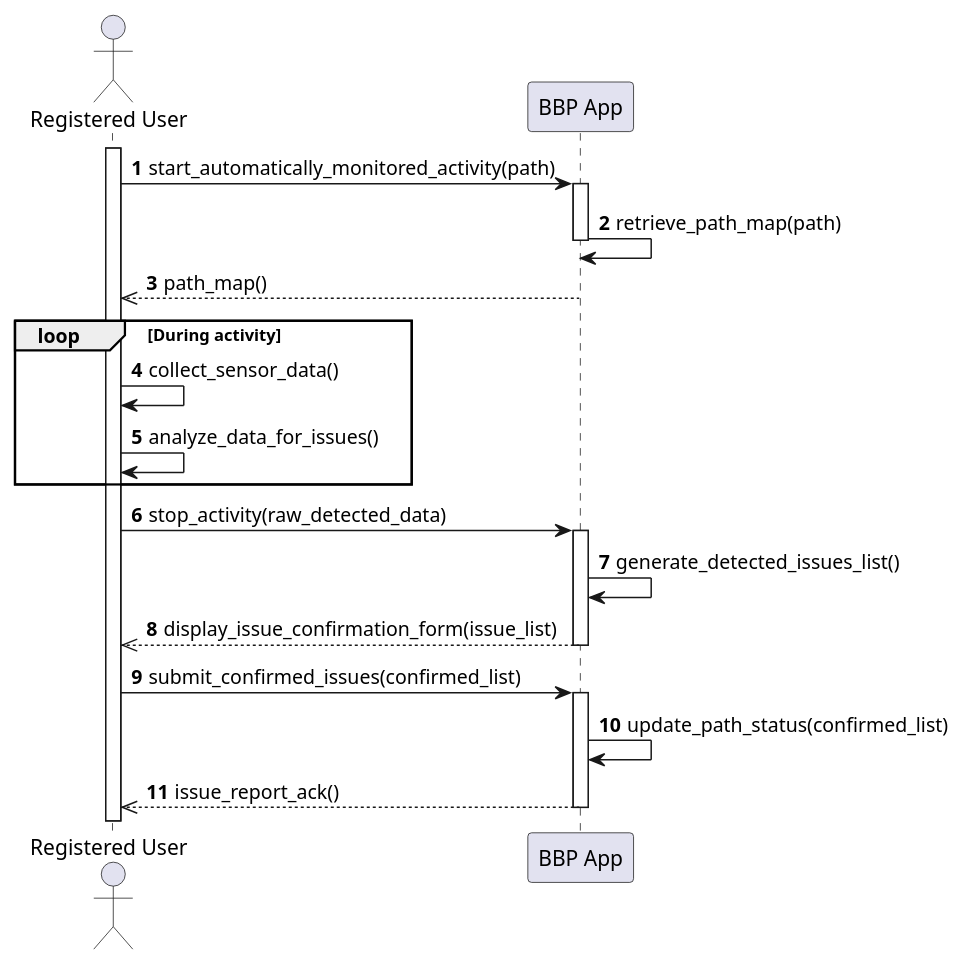
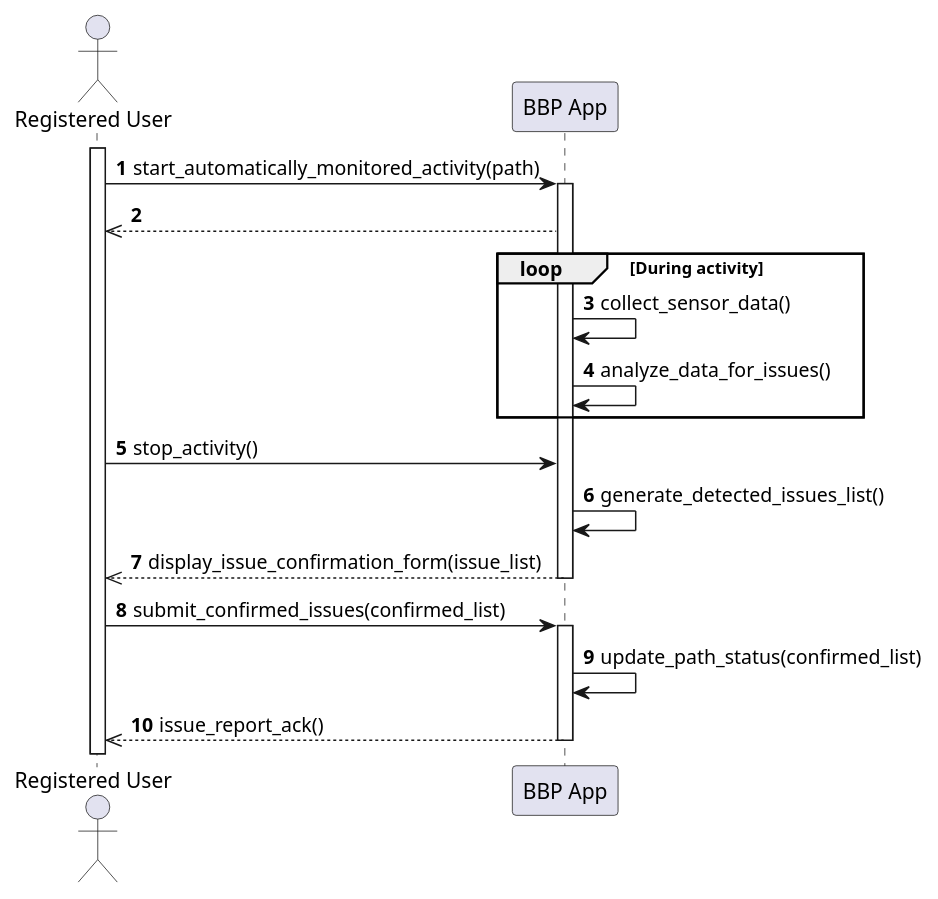
The diagram in diagrams/RASD/sequence diagram/UC13_sequence_diagram.puml (Guflie/PoliMi-SWE2-RDD-project), drawn with PlantUML before and after one commit. The commit also changed 19 other files, not shown here.

```diff
--- a/diagrams/RASD/sequence diagram/UC13_sequence_diagram.puml
+++ b/diagrams/RASD/sequence diagram/UC13_sequence_diagram.puml
@@ -1,34 +1,30 @@
 @startuml uc13_sequence_diagram
 actor "Registered User" as User
 participant "BBP App" as App
 
 autonumber
 
 activate User
 
 User -> App : start_automatically_monitored_activity(path)
 activate App
-App -> App : retrieve_path_map(path)
-deactivate App
-App -->> User : path_map()
-
+App -->> User
 ' --------------------------
 
 loop During activity
-    User -> User : collect_sensor_data()
-    User -> User : analyze_data_for_issues()
+    App -> App : collect_sensor_data()
+    App -> App : analyze_data_for_issues()
 end
 
-User -> App : stop_activity(raw_detected_data)
-activate App
+User -> App : stop_activity()
 App -> App : generate_detected_issues_list()
 App -->> User : display_issue_confirmation_form(issue_list)
 deactivate App
 
 User -> App : submit_confirmed_issues(confirmed_list)
 activate App
 App -> App : update_path_status(confirmed_list)
 App -->> User : issue_report_ack()
 deactivate App
 
 @enduml
```
